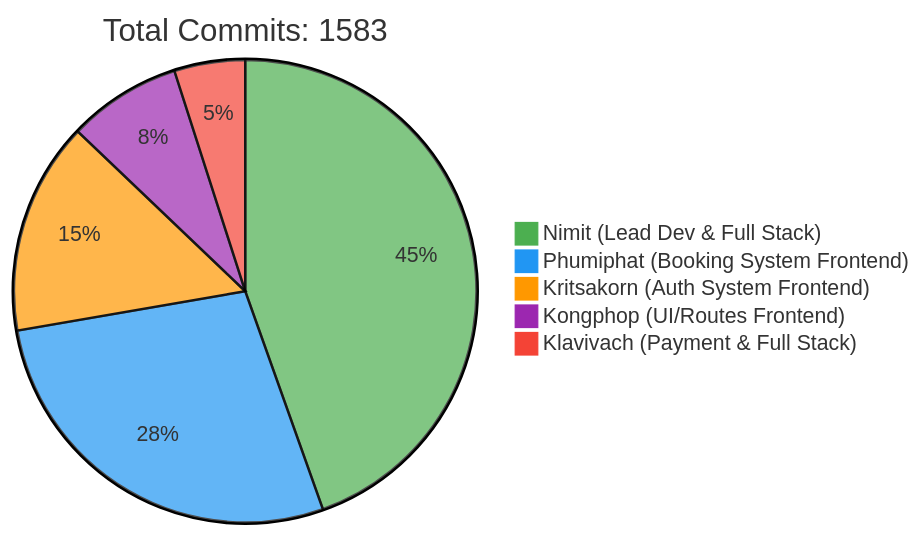
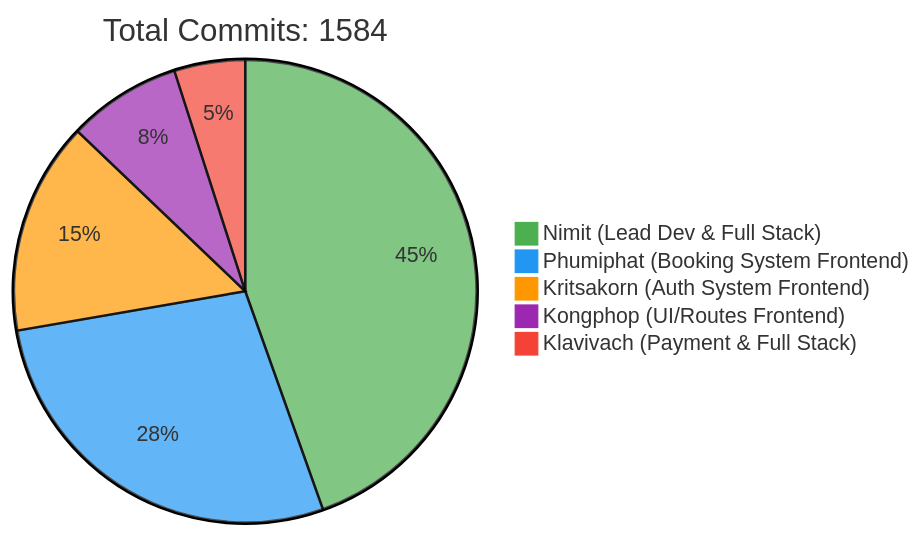
The first of 2 diagrams in README.md (6531503042/Sport-Complex), drawn with Mermaid before and after one commit. The commit also changed other lines of this file, not shown here.

Commit message:
docs: Update contributor statistics [skip ci]

````diff
--- a/README.md
+++ b/README.md
@@ -257,10 +257,10 @@
 ```mermaid
 %%{init: {'theme': 'base', 'themeVariables': { 'pie1': '#4CAF50', 'pie2': '#2196F3', 'pie3': '#FF9800', 'pie4': '#9C27B0', 'pie5': '#F44336'}}}%%
 pie
-    title Total Commits: 1583
+    title Total Commits: 1584
     "Nimit (Lead Dev & Full Stack)" : 450
     "Phumiphat (Booking System Frontend)" : 280
     "Kritsakorn (Auth System Frontend)" : 150
     "Kongphop (UI/Routes Frontend)" : 80
     "Klavivach (Payment & Full Stack)" : 50
 ```
````
